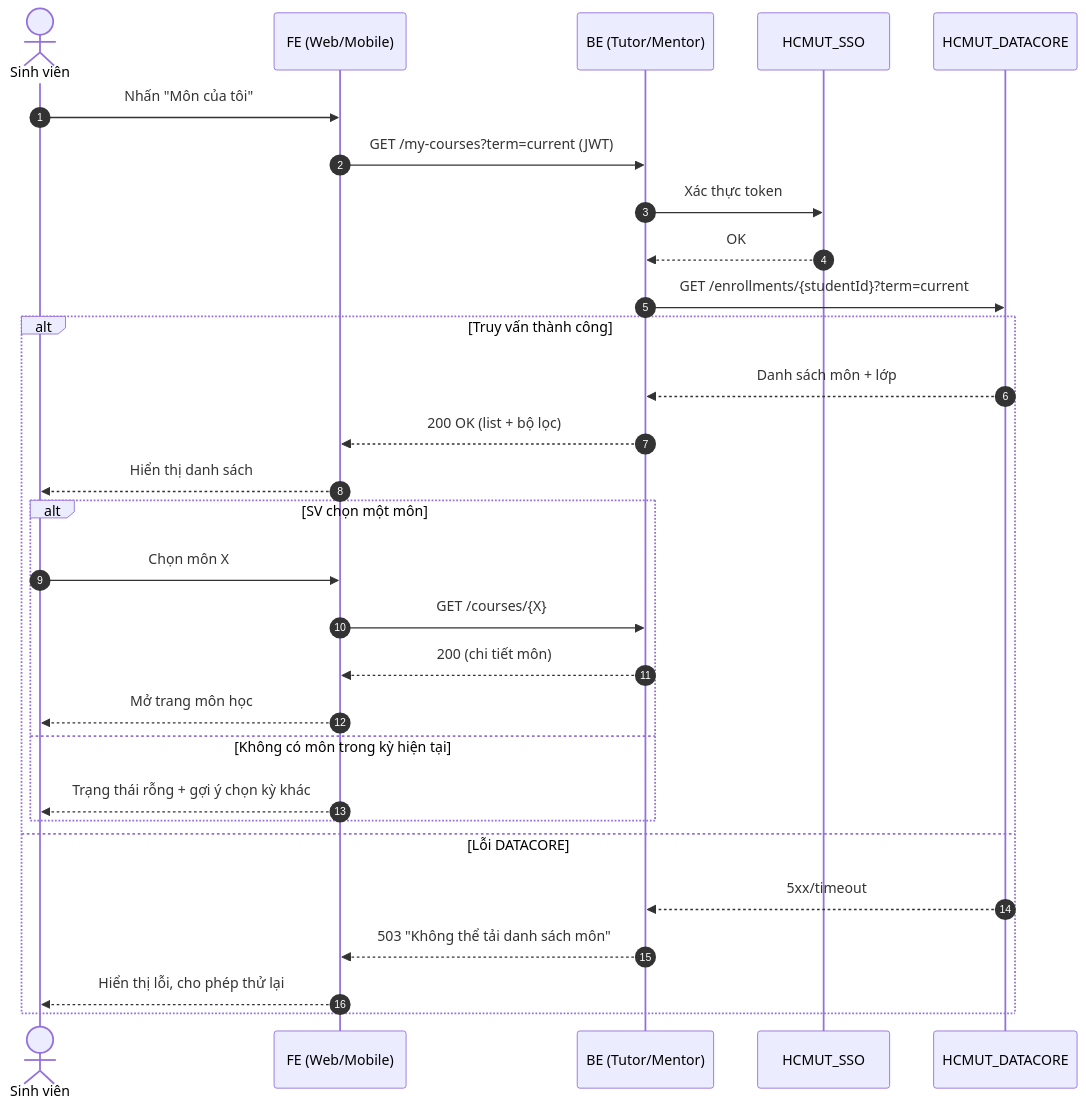
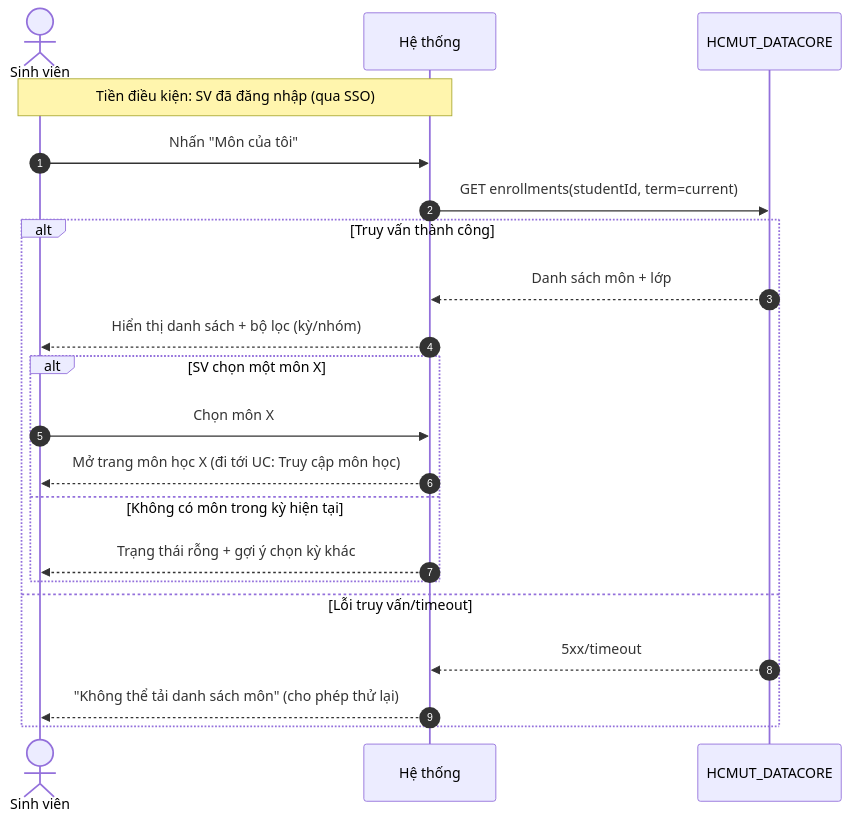
One commit to bqlam18/a changed the second of 4 diagrams in CNPM.md. Above: the diagram before and after it, drawn with Mermaid. The commit also changed other lines of this file, not shown here.

````diff
--- a/CNPM.md
+++ b/CNPM.md
@@ -63,33 +63,26 @@
 ```mermaid
 sequenceDiagram
   autonumber
   actor SV as Sinh viên
-  participant FE as FE (Web/Mobile)
-  participant BE as BE (Tutor/Mentor)
-  participant SSO as HCMUT_SSO
+  participant SYS as Hệ thống
   participant DC as HCMUT_DATACORE
 
-  SV->>FE: Nhấn "Môn của tôi"
-  FE->>BE: GET /my-courses?term=current (JWT)
-  BE->>SSO: Xác thực token
-  SSO-->>BE: OK
-  BE->>DC: GET /enrollments/{studentId}?term=current
+  Note over SV,SYS: Tiền điều kiện: SV đã đăng nhập (qua SSO)
+
+  SV->>SYS: Nhấn "Môn của tôi"
+  SYS->>DC: GET enrollments(studentId, term=current)
 
   alt Truy vấn thành công
-    DC-->>BE: Danh sách môn + lớp
-    BE-->>FE: 200 OK (list + bộ lọc)
-    FE-->>SV: Hiển thị danh sách
-    alt SV chọn một môn
-      SV->>FE: Chọn môn X
-      FE->>BE: GET /courses/{X}
-      BE-->>FE: 200 (chi tiết môn)
-      FE-->>SV: Mở trang môn học
+    DC-->>SYS: Danh sách môn + lớp
+    SYS-->>SV: Hiển thị danh sách + bộ lọc (kỳ/nhóm)
+    alt SV chọn một môn X
+      SV->>SYS: Chọn môn X
+      SYS-->>SV: Mở trang môn học X (đi tới UC: Truy cập môn học)
     else Không có môn trong kỳ hiện tại
-      FE-->>SV: Trạng thái rỗng + gợi ý chọn kỳ khác
+      SYS-->>SV: Trạng thái rỗng + gợi ý chọn kỳ khác
     end
-  else Lỗi DATACORE
-    DC-->>BE: 5xx/timeout
-    BE-->>FE: 503 "Không thể tải danh sách môn"
-    FE-->>SV: Hiển thị lỗi, cho phép thử lại
+  else Lỗi truy vấn/timeout
+    DC-->>SYS: 5xx/timeout
+    SYS-->>SV: "Không thể tải danh sách môn" (cho phép thử lại)
   end
 ```
````
